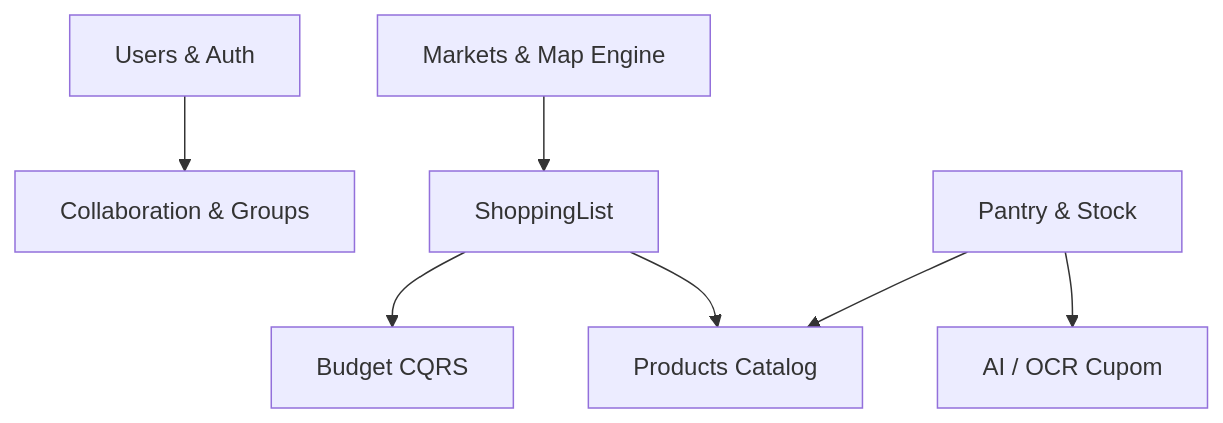
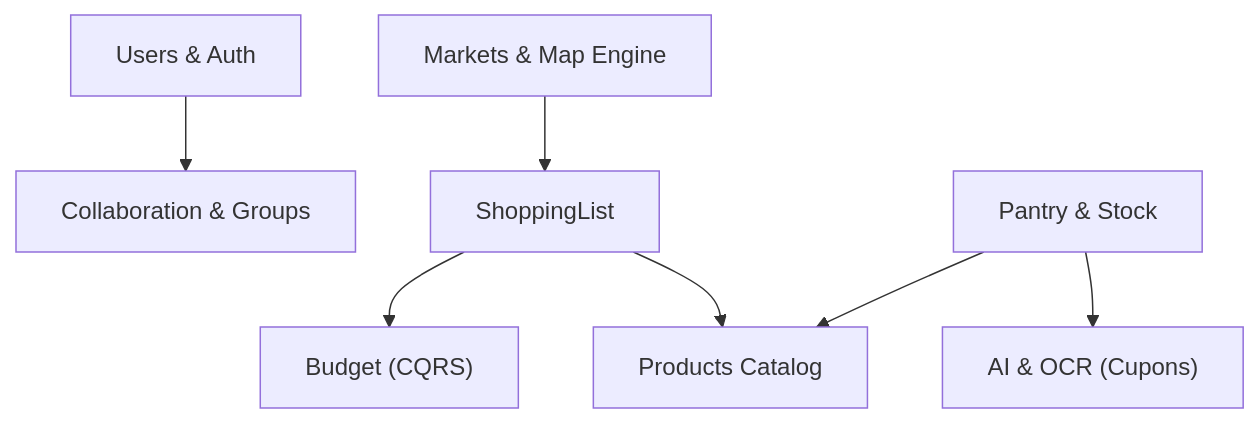
One commit to BRSmartList/BRSmartListPub changed the first of 2 diagrams in README.md. Above: the diagram before and after it, drawn with Mermaid. The commit also changed other lines of this file, not shown here.

Commit message:
docs: improve architecture showcase readme, fix mermaid diagram and add linkedin

````diff
--- a/README.md
+++ b/README.md
@@ -90,9 +90,9 @@
 ```mermaid
-graph TD
-    Auth[Users & Auth] --> Collaboration[Collaboration & Groups]
-    ShoppingList[ShoppingList] --> Budget[Budget CQRS]
-    ShoppingList --> Products[Products Catalog]
-    Pantry[Pantry & Stock] --> Products
-    Pantry --> AI_OCR[AI / OCR Cupom]
-    Markets[Markets & Map Engine] --> ShoppingList
+flowchart TD
+    Auth["Users & Auth"] --> Collaboration["Collaboration & Groups"]
+    ShoppingList["ShoppingList"] --> Budget["Budget (CQRS)"]
+    ShoppingList --> Products["Products Catalog"]
+    Pantry["Pantry & Stock"] --> Products
+    Pantry --> AI_OCR["AI & OCR (Cupons)"]
+    Markets["Markets & Map Engine"] --> ShoppingList
 ```
````
